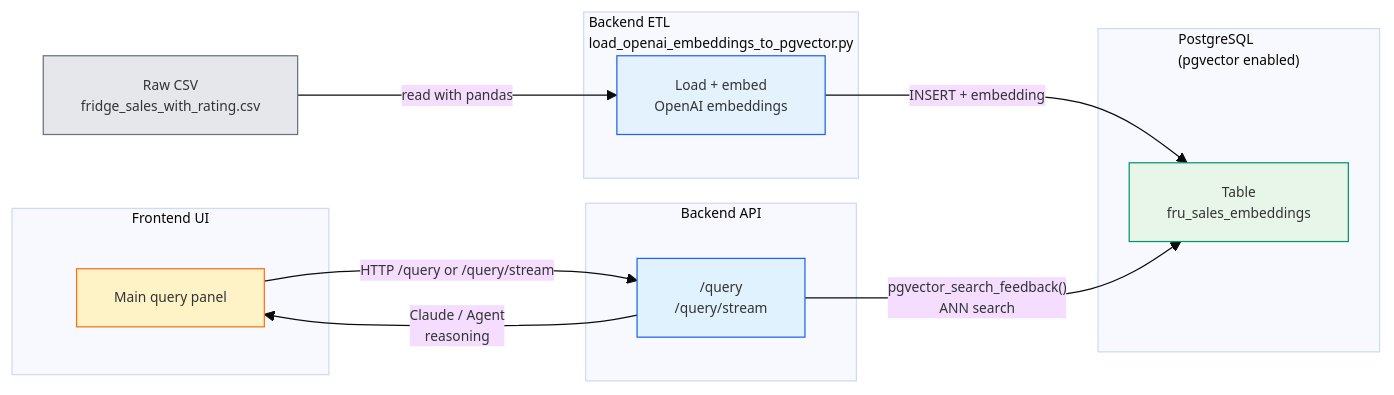
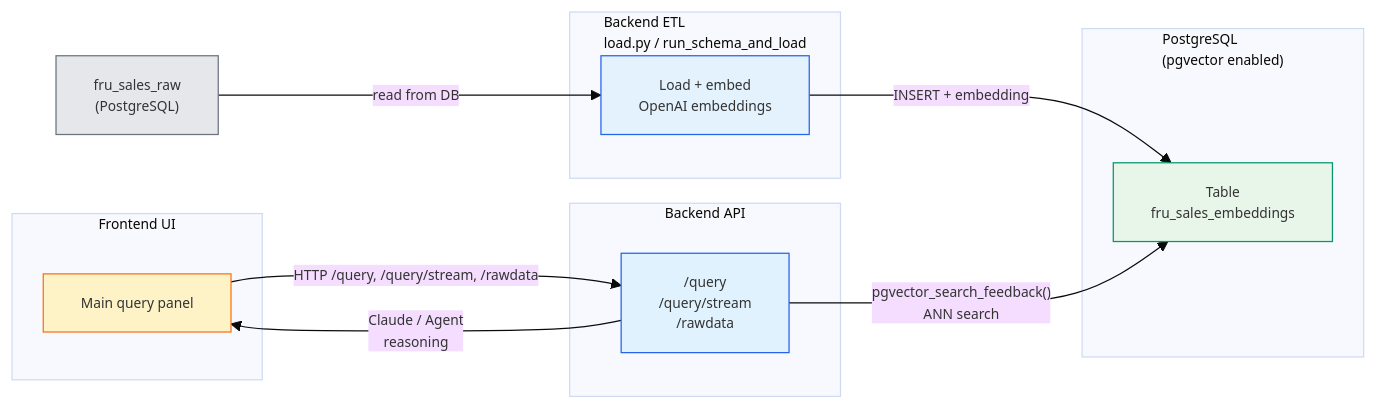
The second of 2 diagrams in docs/learned/spark_delta/TWO_SUB_SYSTEMS_WITH_SPARK.md (horselord-joe-8053/ultra-fru-genai-analytics-new), drawn with Mermaid before and after one commit. The commit also changed other lines of this file and 28 other files, not shown here.

First line of the commit message:
Local deploy: orchestrator flags, start/shutdown scripts, CSV→PostgreSQL, Spark resilience

````diff
--- a/docs/learned/spark_delta/TWO_SUB_SYSTEMS_WITH_SPARK.md
+++ b/docs/learned/spark_delta/TWO_SUB_SYSTEMS_WITH_SPARK.md
@@ -218,33 +198,33 @@
 ```mermaid
 %%{init: {'theme': 'base', 'themeVariables': { 'fontSize': '11px', 'fontFamily': 'sans-serif' }}}%%
 flowchart LR
     subgraph UI2["Frontend UI"]
       QUERY_PANEL["Main query panel"]
     end
 
-    CSV2["Raw CSV<br/>fridge_sales_with_rating.csv"]
+    RAW2["fru_sales_raw<br/>(PostgreSQL)"]
 
-    subgraph ETL["Backend ETL<br/>load_openai_embeddings_to_pgvector.py"]
+    subgraph ETL["Backend ETL<br/>load.py / run_schema_and_load"]
       ETL_JOB["Load + embed<br/>OpenAI embeddings"]
     end
 
     subgraph DB2["PostgreSQL<br/>(pgvector enabled)"]
       EMB_TABLE["Table<br/>fru_sales_embeddings"]
     end
 
     subgraph API2["Backend API"]
-      QUERY_API["/query<br/>/query/stream"]
+      QUERY_API["/query<br/>/query/stream<br/>/rawdata"]
     end
 
-    QUERY_PANEL -->|"HTTP /query or /query/stream"| QUERY_API
-    CSV2 -->|"read with pandas"| ETL_JOB
+    QUERY_PANEL -->|"HTTP /query, /query/stream, /rawdata"| QUERY_API
+    RAW2 -->|"read from DB"| ETL_JOB
     ETL_JOB -->|"INSERT + embedding"| EMB_TABLE
     QUERY_API -->|"pgvector_search_feedback()<br/>ANN search"| EMB_TABLE
     QUERY_API -->|"Claude / Agent<br/>reasoning"| QUERY_PANEL
 
-    style CSV2 fill:#e5e7eb,stroke:#6b7280
+    style RAW2 fill:#e5e7eb,stroke:#6b7280
     style ETL_JOB fill:#e3f2fd,stroke:#2563eb
     style EMB_TABLE fill:#e8f5e9,stroke:#059669
     style QUERY_API fill:#e0f2fe,stroke:#2563eb
     style QUERY_PANEL fill:#fef3c7,stroke:#f97316
 ```
````
